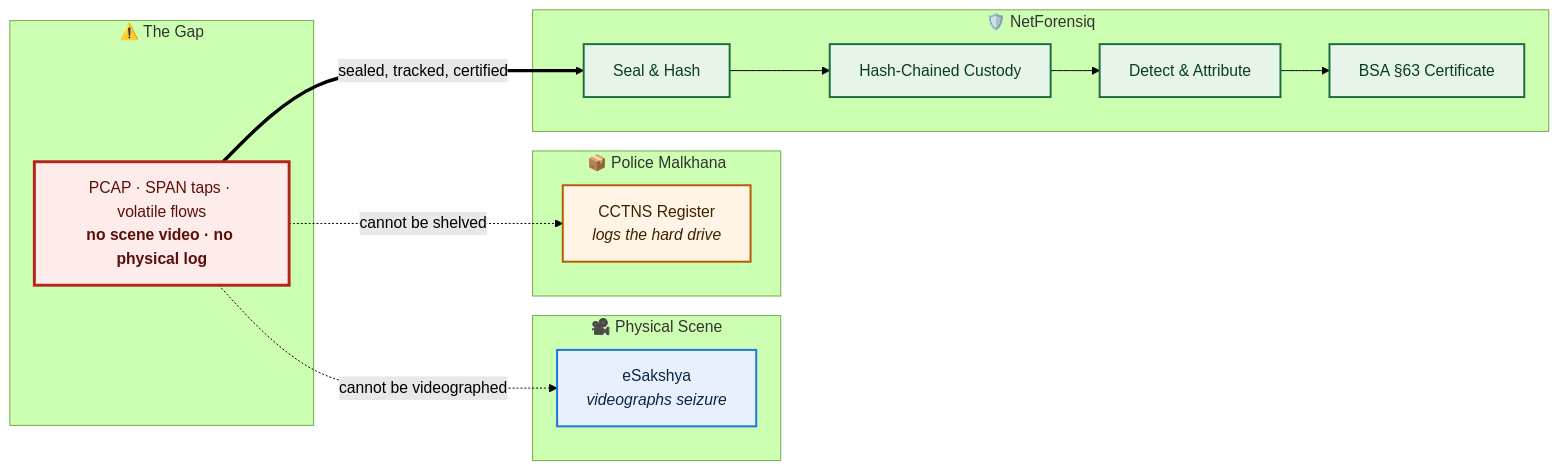
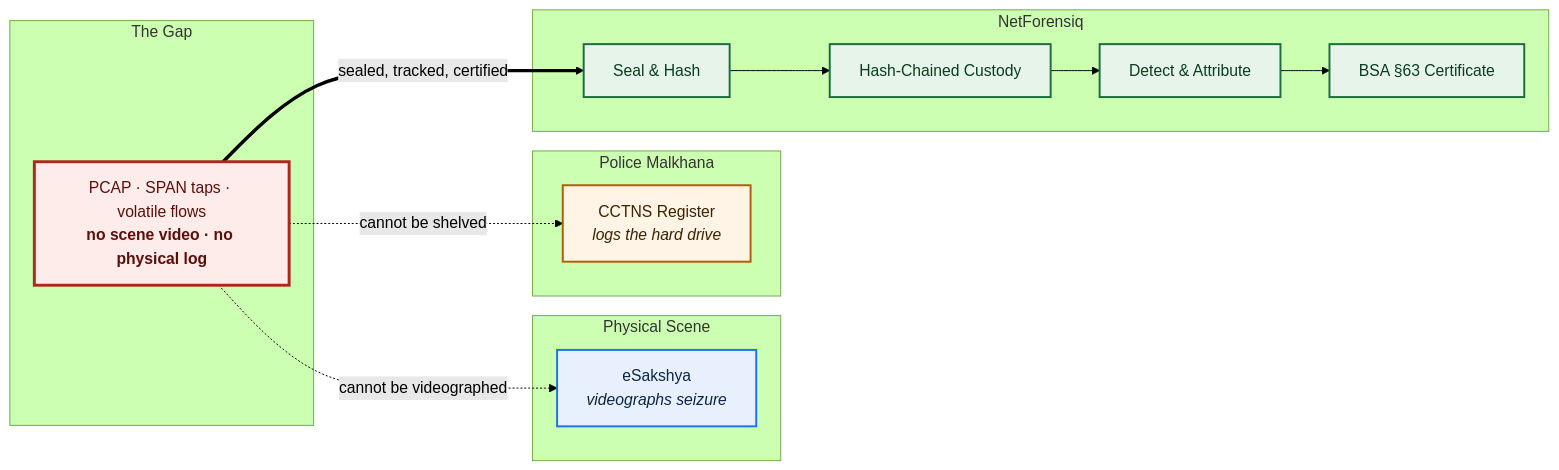
The first of 10 diagrams in README.md (Anbu-00001/NetForensiq), drawn with Mermaid (forest theme) before and after one commit. The commit also changed other lines of this file and 29 other files, not shown here.

````diff
--- a/README.md
+++ b/README.md
@@ -30,28 +30,28 @@
 ```mermaid
 graph LR
-    subgraph SCENE["🎥 Physical Scene"]
+    subgraph SCENE["Physical Scene"]
         A["eSakshya<br/><i>videographs seizure</i>"]
     end
-    subgraph STORE["📦 Police Malkhana"]
+    subgraph STORE["Police Malkhana"]
         B["CCTNS Register<br/><i>logs the hard drive</i>"]
     end
-    subgraph GAP["⚠️ The Gap"]
+    subgraph GAP["The Gap"]
         C["PCAP · SPAN taps · volatile flows<br/><b>no scene video · no physical log</b>"]
     end
-    subgraph NF["🛡️ NetForensiq"]
+    subgraph NF["NetForensiq"]
         D["Seal &amp; Hash"] --> E["Hash-Chained Custody"] --> F["Detect &amp; Attribute"] --> G["BSA §63 Certificate"]
     end
 
     C -.->|"cannot be videographed"| A
     C -.->|"cannot be shelved"| B
     C ==>|"sealed, tracked, certified"| D
 
     classDef scene fill:#E8F0FE,stroke:#1A73E8,stroke-width:2px,color:#0B2545
     classDef store fill:#FFF4E5,stroke:#B35C00,stroke-width:2px,color:#3D2200
     classDef gap fill:#FDECEA,stroke:#B3261E,stroke-width:3px,color:#5C0F0A
     classDef nf fill:#E6F4EA,stroke:#1B6E3C,stroke-width:2px,color:#0B3D1F
     class A scene
     class B store
     class C gap
     class D,E,F,G nf
 ```
````
